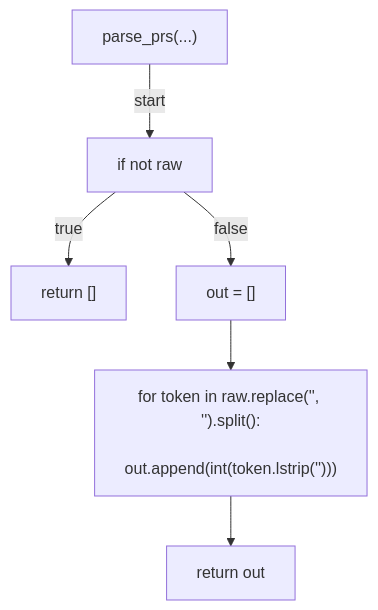
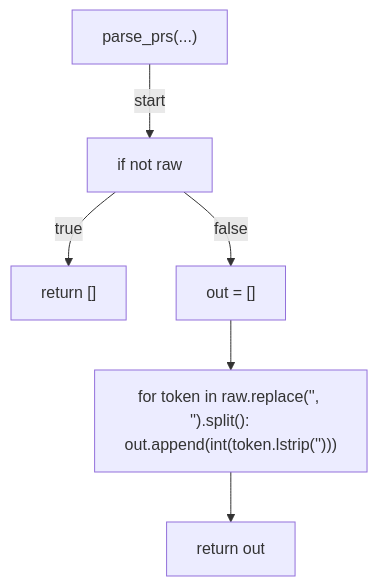
Before and after one commit to tvna/claude-md: the seventh of 8 diagrams in docs/generated/scripts/ast/np_strategy_tracking.md, drawn with Mermaid. The commit also changed other lines of this file and 30 other files, not shown here.

First line of the commit message:
docs(generated): regenerate decision tree and workflow diagrams (batch 2/5)

````diff
--- a/docs/generated/scripts/ast/np_strategy_tracking.md
+++ b/docs/generated/scripts/ast/np_strategy_tracking.md
@@ -146,15 +140,14 @@
 ```mermaid
 flowchart TD
     N001["parse_prs(...)"]
     N002["if not raw"]
     N003["return []"]
     N004["out = []"]
-    N005["for token in raw.replace('<str>', '<str>').split():
-    out.append(int(token.lstrip('<str>')))"]
+    N005["for token in raw.replace('<str>', '<str>').split():     out.append(int(token.lstrip('<str>')))"]
     N006["return out"]
     N001 -->|"start"| N002
     N002 -->|"true"| N003
     N002 -->|"false"| N004
     N004 --> N005
     N005 --> N006
 ```
````
